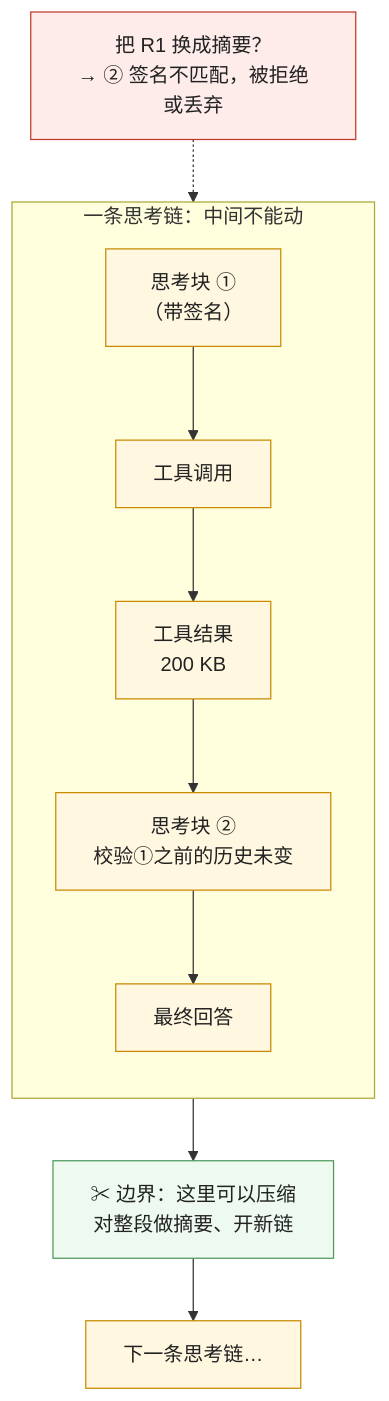
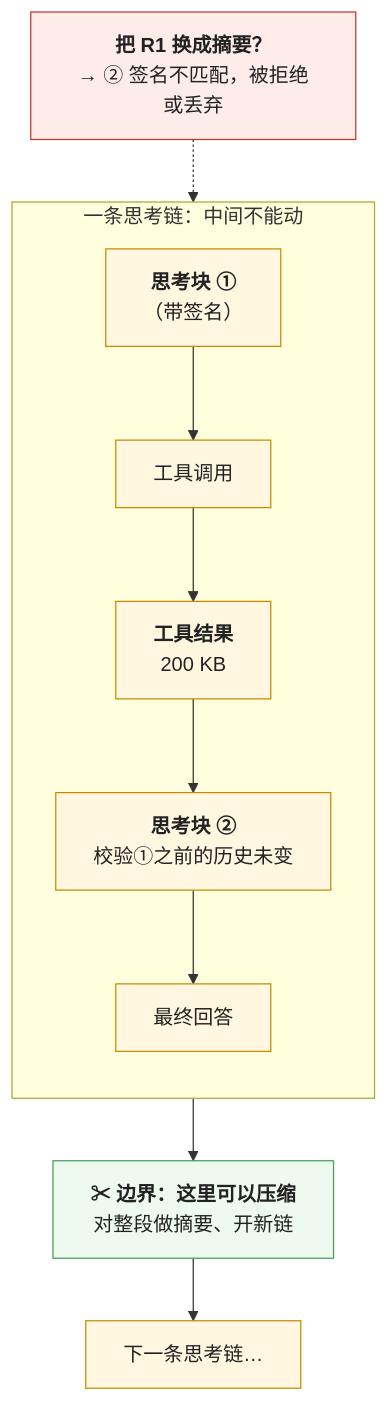
One commit to arganzheng/arganzheng.github.com changed the fifth of 6 diagrams in _posts/2026-10-01-reasoning-models-as-components-thinking-effort-and-state.md. Above: the diagram before and after it, drawn with Mermaid. The commit also changed other lines of this file and 6 other files, not shown here.

First line of the commit message:
模型作为组件：契约、失效模式与选型：Mermaid 多行方框的首行标为标题（7 篇）

````diff
--- a/_posts/2026-10-01-reasoning-models-as-components-thinking-effort-and-state.md
+++ b/_posts/2026-10-01-reasoning-models-as-components-thinking-effort-and-state.md
@@ -198,17 +198,17 @@
 ```mermaid
 %% 图：历史里哪里能改、哪里不能——一条思考链内（思考块 → 工具调用 → 工具结果 → 思考块 → 最终回答）任何一处改动都会让后面的思考块失效；只有在最终回答之后、下一条思考链开始之前，才能对整段历史做摘要
 flowchart TB
     subgraph CHAIN["一条思考链：中间不能动"]
         direction TB
-        T1["思考块 ①<br/>（带签名）"] --> C1["工具调用"] --> R1["工具结果<br/>200 KB"] --> T2["思考块 ②<br/>校验①之前的历史未变"] --> ANS["最终回答"]
+        T1["<b>思考块 ①</b><br/>（带签名）"] --> C1["工具调用"] --> R1["<b>工具结果</b><br/>200 KB"] --> T2["<b>思考块 ②</b><br/>校验①之前的历史未变"] --> ANS["最终回答"]
     end
-    ANS --> CUT["✂ 边界：这里可以压缩<br/>对整段做摘要、开新链"]
+    ANS --> CUT["<b>✂ 边界：这里可以压缩</b><br/>对整段做摘要、开新链"]
     CUT --> NEXT["下一条思考链…"]
-    X["把 R1 换成摘要？<br/>→ ② 签名不匹配，被拒绝或丢弃"] -.-> R1
+    X["<b>把 R1 换成摘要？</b><br/>→ ② 签名不匹配，被拒绝或丢弃"] -.-> R1
     classDef step fill:#fff7e0,stroke:#c98a00,color:#222
     classDef ok fill:#eefaf0,stroke:#4d9a5c,color:#222
     classDef bad fill:#fdecea,stroke:#c0392b,color:#222
     class T1,C1,R1,T2,ANS,NEXT step
     class CUT ok
     class X bad
 ```
````
